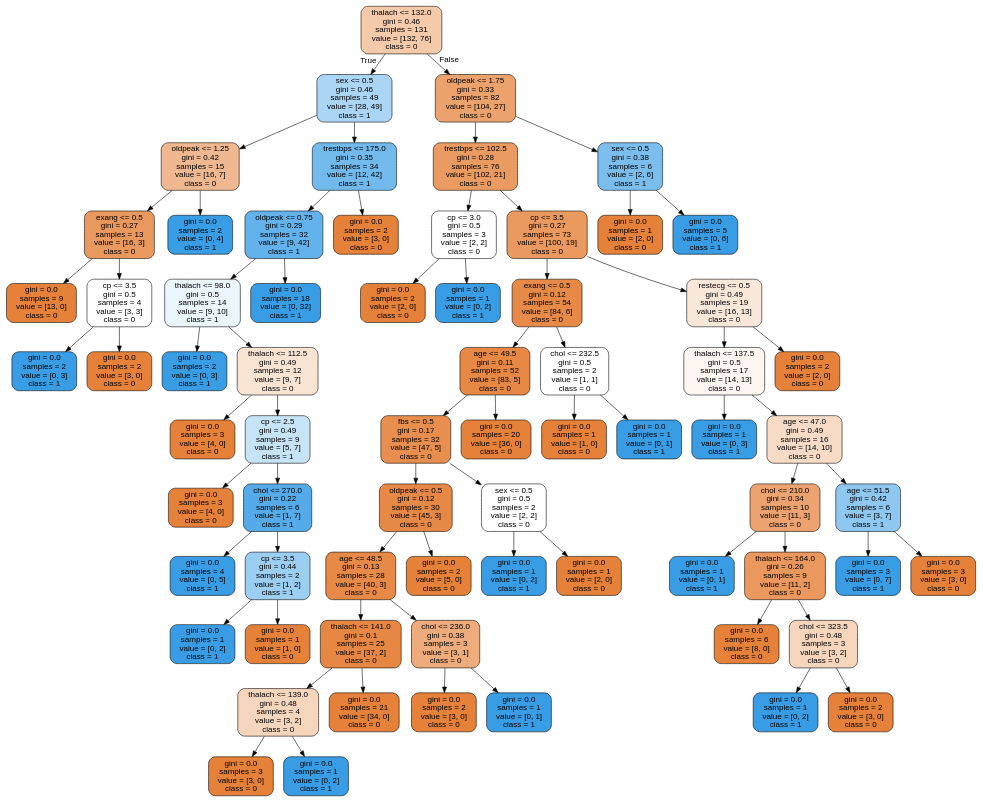
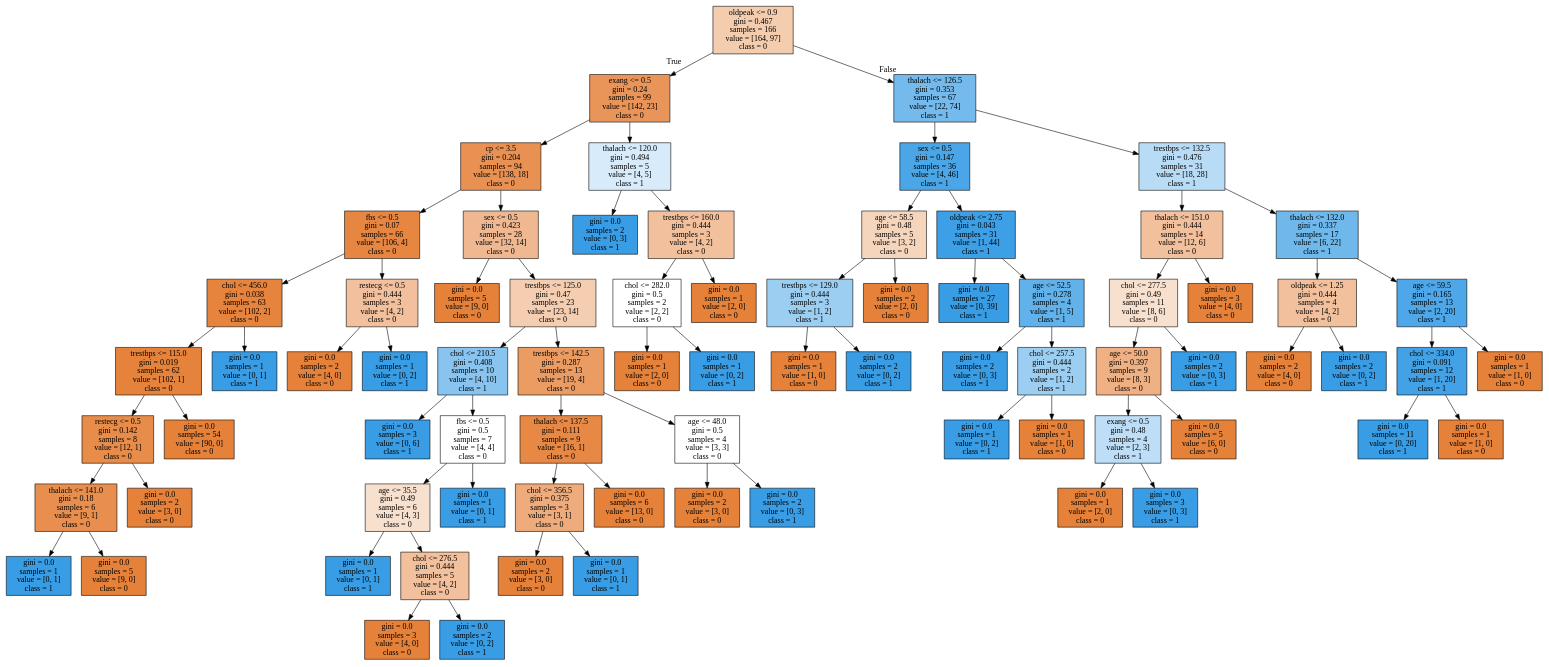
One commit to cyrilvincent/ML changed the diagram in data/heartdisease/tree.dot. Above: the diagram before and after it, drawn with Graphviz. The commit also changed 3 other files, not shown here.

```diff
--- a/data/heartdisease/tree.dot
+++ b/data/heartdisease/tree.dot
@@ -1,141 +1,156 @@
 digraph Tree {
-node [shape=box, style="filled, rounded", color="black", fontname=helvetica] ;
-edge [fontname=helvetica] ;
-0 [label="thalach <= 132.0\ngini = 0.46\nsamples = 131\nvalue = [132, 76]\nclass = 0", fillcolor="#f4caab"] ;
-1 [label="sex <= 0.5\ngini = 0.46\nsamples = 49\nvalue = [28, 49]\nclass = 1", fillcolor="#aad5f4"] ;
+node [shape=box, style="filled", color="black"] ;
+0 [label="oldpeak <= 0.9\ngini = 0.467\nsamples = 166\nvalue = [164, 97]\nclass = 0", fillcolor="#f4ccae"] ;
+1 [label="exang <= 0.5\ngini = 0.24\nsamples = 99\nvalue = [142, 23]\nclass = 0", fillcolor="#e99559"] ;
 0 -> 1 [labeldistance=2.5, labelangle=45, headlabel="True"] ;
-2 [label="oldpeak <= 1.25\ngini = 0.42\nsamples = 15\nvalue = [16, 7]\nclass = 0", fillcolor="#f0b890"] ;
+2 [label="cp <= 3.5\ngini = 0.204\nsamples = 94\nvalue = [138, 18]\nclass = 0", fillcolor="#e89153"] ;
 1 -> 2 ;
-3 [label="exang <= 0.5\ngini = 0.27\nsamples = 13\nvalue = [16, 3]\nclass = 0", fillcolor="#ea995e"] ;
+3 [label="fbs <= 0.5\ngini = 0.07\nsamples = 66\nvalue = [106, 4]\nclass = 0", fillcolor="#e68640"] ;
 2 -> 3 ;
-4 [label="gini = 0.0\nsamples = 9\nvalue = [13, 0]\nclass = 0", fillcolor="#e58139"] ;
+4 [label="chol <= 456.0\ngini = 0.038\nsamples = 63\nvalue = [102, 2]\nclass = 0", fillcolor="#e6833d"] ;
 3 -> 4 ;
-5 [label="cp <= 3.5\ngini = 0.5\nsamples = 4\nvalue = [3, 3]\nclass = 0", fillcolor="#ffffff"] ;
-3 -> 5 ;
-6 [label="gini = 0.0\nsamples = 2\nvalue = [0, 3]\nclass = 1", fillcolor="#399de5"] ;
+5 [label="trestbps <= 115.0\ngini = 0.019\nsamples = 62\nvalue = [102, 1]\nclass = 0", fillcolor="#e5823b"] ;
+4 -> 5 ;
+6 [label="restecg <= 0.5\ngini = 0.142\nsamples = 8\nvalue = [12, 1]\nclass = 0", fillcolor="#e78c49"] ;
 5 -> 6 ;
-7 [label="gini = 0.0\nsamples = 2\nvalue = [3, 0]\nclass = 0", fillcolor="#e58139"] ;
-5 -> 7 ;
-8 [label="gini = 0.0\nsamples = 2\nvalue = [0, 4]\nclass = 1", fillcolor="#399de5"] ;
-2 -> 8 ;
-9 [label="trestbps <= 175.0\ngini = 0.35\nsamples = 34\nvalue = [12, 42]\nclass = 1", fillcolor="#72b9ec"] ;
-1 -> 9 ;
-10 [label="oldpeak <= 0.75\ngini = 0.29\nsamples = 32\nvalue = [9, 42]\nclass = 1", fillcolor="#63b2eb"] ;
-9 -> 10 ;
-11 [label="thalach <= 98.0\ngini = 0.5\nsamples = 14\nvalue = [9, 10]\nclass = 1", fillcolor="#ebf5fc"] ;
-10 -> 11 ;
-12 [label="gini = 0.0\nsamples = 2\nvalue = [0, 3]\nclass = 1", fillcolor="#399de5"] ;
-11 -> 12 ;
-13 [label="thalach <= 112.5\ngini = 0.49\nsamples = 12\nvalue = [9, 7]\nclass = 0", fillcolor="#f9e3d3"] ;
-11 -> 13 ;
-14 [label="gini = 0.0\nsamples = 3\nvalue = [4, 0]\nclass = 0", fillcolor="#e58139"] ;
+7 [label="thalach <= 141.0\ngini = 0.18\nsamples = 6\nvalue = [9, 1]\nclass = 0", fillcolor="#e88f4f"] ;
+6 -> 7 ;
+8 [label="gini = 0.0\nsamples = 1\nvalue = [0, 1]\nclass = 1", fillcolor="#399de5"] ;
+7 -> 8 ;
+9 [label="gini = 0.0\nsamples = 5\nvalue = [9, 0]\nclass = 0", fillcolor="#e58139"] ;
+7 -> 9 ;
+10 [label="gini = 0.0\nsamples = 2\nvalue = [3, 0]\nclass = 0", fillcolor="#e58139"] ;
+6 -> 10 ;
+11 [label="gini = 0.0\nsamples = 54\nvalue = [90, 0]\nclass = 0", fillcolor="#e58139"] ;
+5 -> 11 ;
+12 [label="gini = 0.0\nsamples = 1\nvalue = [0, 1]\nclass = 1", fillcolor="#399de5"] ;
+4 -> 12 ;
+13 [label="restecg <= 0.5\ngini = 0.444\nsamples = 3\nvalue = [4, 2]\nclass = 0", fillcolor="#f2c09c"] ;
+3 -> 13 ;
+14 [label="gini = 0.0\nsamples = 2\nvalue = [4, 0]\nclass = 0", fillcolor="#e58139"] ;
 13 -> 14 ;
-15 [label="cp <= 2.5\ngini = 0.49\nsamples = 9\nvalue = [5, 7]\nclass = 1", fillcolor="#c6e3f8"] ;
+15 [label="gini = 0.0\nsamples = 1\nvalue = [0, 2]\nclass = 1", fillcolor="#399de5"] ;
 13 -> 15 ;
-16 [label="gini = 0.0\nsamples = 3\nvalue = [4, 0]\nclass = 0", fillcolor="#e58139"] ;
-15 -> 16 ;
-17 [label="chol <= 270.0\ngini = 0.22\nsamples = 6\nvalue = [1, 7]\nclass = 1", fillcolor="#55abe9"] ;
-15 -> 17 ;
-18 [label="gini = 0.0\nsamples = 4\nvalue = [0, 5]\nclass = 1", fillcolor="#399de5"] ;
-17 -> 18 ;
-19 [label="cp <= 3.5\ngini = 0.44\nsamples = 2\nvalue = [1, 2]\nclass = 1", fillcolor="#9ccef2"] ;
-17 -> 19 ;
-20 [label="gini = 0.0\nsamples = 1\nvalue = [0, 2]\nclass = 1", fillcolor="#399de5"] ;
+16 [label="sex <= 0.5\ngini = 0.423\nsamples = 28\nvalue = [32, 14]\nclass = 0", fillcolor="#f0b890"] ;
+2 -> 16 ;
+17 [label="gini = 0.0\nsamples = 5\nvalue = [9, 0]\nclass = 0", fillcolor="#e58139"] ;
+16 -> 17 ;
+18 [label="trestbps <= 125.0\ngini = 0.47\nsamples = 23\nvalue = [23, 14]\nclass = 0", fillcolor="#f5ceb2"] ;
+16 -> 18 ;
+19 [label="chol <= 210.5\ngini = 0.408\nsamples = 10\nvalue = [4, 10]\nclass = 1", fillcolor="#88c4ef"] ;
+18 -> 19 ;
+20 [label="gini = 0.0\nsamples = 3\nvalue = [0, 6]\nclass = 1", fillcolor="#399de5"] ;
 19 -> 20 ;
-21 [label="gini = 0.0\nsamples = 1\nvalue = [1, 0]\nclass = 0", fillcolor="#e58139"] ;
+21 [label="fbs <= 0.5\ngini = 0.5\nsamples = 7\nvalue = [4, 4]\nclass = 0", fillcolor="#ffffff"] ;
 19 -> 21 ;
-22 [label="gini = 0.0\nsamples = 18\nvalue = [0, 32]\nclass = 1", fillcolor="#399de5"] ;
-10 -> 22 ;
-23 [label="gini = 0.0\nsamples = 2\nvalue = [3, 0]\nclass = 0", fillcolor="#e58139"] ;
-9 -> 23 ;
-24 [label="oldpeak <= 1.75\ngini = 0.33\nsamples = 82\nvalue = [104, 27]\nclass = 0", fillcolor="#eca26c"] ;
-0 -> 24 [labeldistance=2.5, labelangle=-45, headlabel="False"] ;
-25 [label="trestbps <= 102.5\ngini = 0.28\nsamples = 76\nvalue = [102, 21]\nclass = 0", fillcolor="#ea9b62"] ;
+22 [label="age <= 35.5\ngini = 0.49\nsamples = 6\nvalue = [4, 3]\nclass = 0", fillcolor="#f8e0ce"] ;
+21 -> 22 ;
+23 [label="gini = 0.0\nsamples = 1\nvalue = [0, 1]\nclass = 1", fillcolor="#399de5"] ;
+22 -> 23 ;
+24 [label="chol <= 276.5\ngini = 0.444\nsamples = 5\nvalue = [4, 2]\nclass = 0", fillcolor="#f2c09c"] ;
+22 -> 24 ;
+25 [label="gini = 0.0\nsamples = 3\nvalue = [4, 0]\nclass = 0", fillcolor="#e58139"] ;
 24 -> 25 ;
-26 [label="cp <= 3.0\ngini = 0.5\nsamples = 3\nvalue = [2, 2]\nclass = 0", fillcolor="#ffffff"] ;
-25 -> 26 ;
-27 [label="gini = 0.0\nsamples = 2\nvalue = [2, 0]\nclass = 0", fillcolor="#e58139"] ;
-26 -> 27 ;
-28 [label="gini = 0.0\nsamples = 1\nvalue = [0, 2]\nclass = 1", fillcolor="#399de5"] ;
-26 -> 28 ;
-29 [label="cp <= 3.5\ngini = 0.27\nsamples = 73\nvalue = [100, 19]\nclass = 0", fillcolor="#ea995f"] ;
-25 -> 29 ;
-30 [label="exang <= 0.5\ngini = 0.12\nsamples = 54\nvalue = [84, 6]\nclass = 0", fillcolor="#e78a47"] ;
+26 [label="gini = 0.0\nsamples = 2\nvalue = [0, 2]\nclass = 1", fillcolor="#399de5"] ;
+24 -> 26 ;
+27 [label="gini = 0.0\nsamples = 1\nvalue = [0, 1]\nclass = 1", fillcolor="#399de5"] ;
+21 -> 27 ;
+28 [label="trestbps <= 142.5\ngini = 0.287\nsamples = 13\nvalue = [19, 4]\nclass = 0", fillcolor="#ea9c63"] ;
+18 -> 28 ;
+29 [label="thalach <= 137.5\ngini = 0.111\nsamples = 9\nvalue = [16, 1]\nclass = 0", fillcolor="#e78945"] ;
+28 -> 29 ;
+30 [label="chol <= 356.5\ngini = 0.375\nsamples = 3\nvalue = [3, 1]\nclass = 0", fillcolor="#eeab7b"] ;
 29 -> 30 ;
-31 [label="age <= 49.5\ngini = 0.11\nsamples = 52\nvalue = [83, 5]\nclass = 0", fillcolor="#e78945"] ;
+31 [label="gini = 0.0\nsamples = 2\nvalue = [3, 0]\nclass = 0", fillcolor="#e58139"] ;
 30 -> 31 ;
-32 [label="fbs <= 0.5\ngini = 0.17\nsamples = 32\nvalue = [47, 5]\nclass = 0", fillcolor="#e88e4e"] ;
-31 -> 32 ;
-33 [label="oldpeak <= 0.5\ngini = 0.12\nsamples = 30\nvalue = [45, 3]\nclass = 0", fillcolor="#e78946"] ;
-32 -> 33 ;
-34 [label="age <= 48.5\ngini = 0.13\nsamples = 28\nvalue = [40, 3]\nclass = 0", fillcolor="#e78a48"] ;
-33 -> 34 ;
-35 [label="thalach <= 141.0\ngini = 0.1\nsamples = 25\nvalue = [37, 2]\nclass = 0", fillcolor="#e68844"] ;
+32 [label="gini = 0.0\nsamples = 1\nvalue = [0, 1]\nclass = 1", fillcolor="#399de5"] ;
+30 -> 32 ;
+33 [label="gini = 0.0\nsamples = 6\nvalue = [13, 0]\nclass = 0", fillcolor="#e58139"] ;
+29 -> 33 ;
+34 [label="age <= 48.0\ngini = 0.5\nsamples = 4\nvalue = [3, 3]\nclass = 0", fillcolor="#ffffff"] ;
+28 -> 34 ;
+35 [label="gini = 0.0\nsamples = 2\nvalue = [3, 0]\nclass = 0", fillcolor="#e58139"] ;
 34 -> 35 ;
-36 [label="thalach <= 139.0\ngini = 0.48\nsamples = 4\nvalue = [3, 2]\nclass = 0", fillcolor="#f6d5bd"] ;
-35 -> 36 ;
-37 [label="gini = 0.0\nsamples = 3\nvalue = [3, 0]\nclass = 0", fillcolor="#e58139"] ;
-36 -> 37 ;
-38 [label="gini = 0.0\nsamples = 1\nvalue = [0, 2]\nclass = 1", fillcolor="#399de5"] ;
-36 -> 38 ;
-39 [label="gini = 0.0\nsamples = 21\nvalue = [34, 0]\nclass = 0", fillcolor="#e58139"] ;
-35 -> 39 ;
-40 [label="chol <= 236.0\ngini = 0.38\nsamples = 3\nvalue = [3, 1]\nclass = 0", fillcolor="#eeab7b"] ;
-34 -> 40 ;
-41 [label="gini = 0.0\nsamples = 2\nvalue = [3, 0]\nclass = 0", fillcolor="#e58139"] ;
+36 [label="gini = 0.0\nsamples = 2\nvalue = [0, 3]\nclass = 1", fillcolor="#399de5"] ;
+34 -> 36 ;
+37 [label="thalach <= 120.0\ngini = 0.494\nsamples = 5\nvalue = [4, 5]\nclass = 1", fillcolor="#d7ebfa"] ;
+1 -> 37 ;
+38 [label="gini = 0.0\nsamples = 2\nvalue = [0, 3]\nclass = 1", fillcolor="#399de5"] ;
+37 -> 38 ;
+39 [label="trestbps <= 160.0\ngini = 0.444\nsamples = 3\nvalue = [4, 2]\nclass = 0", fillcolor="#f2c09c"] ;
+37 -> 39 ;
+40 [label="chol <= 282.0\ngini = 0.5\nsamples = 2\nvalue = [2, 2]\nclass = 0", fillcolor="#ffffff"] ;
+39 -> 40 ;
+41 [label="gini = 0.0\nsamples = 1\nvalue = [2, 0]\nclass = 0", fillcolor="#e58139"] ;
 40 -> 41 ;
-42 [label="gini = 0.0\nsamples = 1\nvalue = [0, 1]\nclass = 1", fillcolor="#399de5"] ;
+42 [label="gini = 0.0\nsamples = 1\nvalue = [0, 2]\nclass = 1", fillcolor="#399de5"] ;
 40 -> 42 ;
-43 [label="gini = 0.0\nsamples = 2\nvalue = [5, 0]\nclass = 0", fillcolor="#e58139"] ;
-33 -> 43 ;
-44 [label="sex <= 0.5\ngini = 0.5\nsamples = 2\nvalue = [2, 2]\nclass = 0", fillcolor="#ffffff"] ;
-32 -> 44 ;
-45 [label="gini = 0.0\nsamples = 1\nvalue = [0, 2]\nclass = 1", fillcolor="#399de5"] ;
+43 [label="gini = 0.0\nsamples = 1\nvalue = [2, 0]\nclass = 0", fillcolor="#e58139"] ;
+39 -> 43 ;
+44 [label="thalach <= 126.5\ngini = 0.353\nsamples = 67\nvalue = [22, 74]\nclass = 1", fillcolor="#74baed"] ;
+0 -> 44 [labeldistance=2.5, labelangle=-45, headlabel="False"] ;
+45 [label="sex <= 0.5\ngini = 0.147\nsamples = 36\nvalue = [4, 46]\nclass = 1", fillcolor="#4aa6e7"] ;
 44 -> 45 ;
-46 [label="gini = 0.0\nsamples = 1\nvalue = [2, 0]\nclass = 0", fillcolor="#e58139"] ;
-44 -> 46 ;
-47 [label="gini = 0.0\nsamples = 20\nvalue = [36, 0]\nclass = 0", fillcolor="#e58139"] ;
-31 -> 47 ;
-48 [label="chol <= 232.5\ngini = 0.5\nsamples = 2\nvalue = [1, 1]\nclass = 0", fillcolor="#ffffff"] ;
-30 -> 48 ;
-49 [label="gini = 0.0\nsamples = 1\nvalue = [1, 0]\nclass = 0", fillcolor="#e58139"] ;
-48 -> 49 ;
-50 [label="gini = 0.0\nsamples = 1\nvalue = [0, 1]\nclass = 1", fillcolor="#399de5"] ;
-48 -> 50 ;
-51 [label="restecg <= 0.5\ngini = 0.49\nsamples = 19\nvalue = [16, 13]\nclass = 0", fillcolor="#fae7da"] ;
-29 -> 51 ;
-52 [label="thalach <= 137.5\ngini = 0.5\nsamples = 17\nvalue = [14, 13]\nclass = 0", fillcolor="#fdf6f1"] ;
+46 [label="age <= 58.5\ngini = 0.48\nsamples = 5\nvalue = [3, 2]\nclass = 0", fillcolor="#f6d5bd"] ;
+45 -> 46 ;
+47 [label="trestbps <= 129.0\ngini = 0.444\nsamples = 3\nvalue = [1, 2]\nclass = 1", fillcolor="#9ccef2"] ;
+46 -> 47 ;
+48 [label="gini = 0.0\nsamples = 1\nvalue = [1, 0]\nclass = 0", fillcolor="#e58139"] ;
+47 -> 48 ;
+49 [label="gini = 0.0\nsamples = 2\nvalue = [0, 2]\nclass = 1", fillcolor="#399de5"] ;
+47 -> 49 ;
+50 [label="gini = 0.0\nsamples = 2\nvalue = [2, 0]\nclass = 0", fillcolor="#e58139"] ;
+46 -> 50 ;
+51 [label="oldpeak <= 2.75\ngini = 0.043\nsamples = 31\nvalue = [1, 44]\nclass = 1", fillcolor="#3d9fe6"] ;
+45 -> 51 ;
+52 [label="gini = 0.0\nsamples = 27\nvalue = [0, 39]\nclass = 1", fillcolor="#399de5"] ;
 51 -> 52 ;
-53 [label="gini = 0.0\nsamples = 1\nvalue = [0, 3]\nclass = 1", fillcolor="#399de5"] ;
-52 -> 53 ;
-54 [label="age <= 47.0\ngini = 0.49\nsamples = 16\nvalue = [14, 10]\nclass = 0", fillcolor="#f8dbc6"] ;
-52 -> 54 ;
-55 [label="chol <= 210.0\ngini = 0.34\nsamples = 10\nvalue = [11, 3]\nclass = 0", fillcolor="#eca36f"] ;
-54 -> 55 ;
-56 [label="gini = 0.0\nsamples = 1\nvalue = [0, 1]\nclass = 1", fillcolor="#399de5"] ;
+53 [label="age <= 52.5\ngini = 0.278\nsamples = 4\nvalue = [1, 5]\nclass = 1", fillcolor="#61b1ea"] ;
+51 -> 53 ;
+54 [label="gini = 0.0\nsamples = 2\nvalue = [0, 3]\nclass = 1", fillcolor="#399de5"] ;
+53 -> 54 ;
+55 [label="chol <= 257.5\ngini = 0.444\nsamples = 2\nvalue = [1, 2]\nclass = 1", fillcolor="#9ccef2"] ;
+53 -> 55 ;
+56 [label="gini = 0.0\nsamples = 1\nvalue = [0, 2]\nclass = 1", fillcolor="#399de5"] ;
 55 -> 56 ;
-57 [label="thalach <= 164.0\ngini = 0.26\nsamples = 9\nvalue = [11, 2]\nclass = 0", fillcolor="#ea985d"] ;
+57 [label="gini = 0.0\nsamples = 1\nvalue = [1, 0]\nclass = 0", fillcolor="#e58139"] ;
 55 -> 57 ;
-58 [label="gini = 0.0\nsamples = 6\nvalue = [8, 0]\nclass = 0", fillcolor="#e58139"] ;
-57 -> 58 ;
-59 [label="chol <= 323.5\ngini = 0.48\nsamples = 3\nvalue = [3, 2]\nclass = 0", fillcolor="#f6d5bd"] ;
-57 -> 59 ;
-60 [label="gini = 0.0\nsamples = 1\nvalue = [0, 2]\nclass = 1", fillcolor="#399de5"] ;
+58 [label="trestbps <= 132.5\ngini = 0.476\nsamples = 31\nvalue = [18, 28]\nclass = 1", fillcolor="#b8dcf6"] ;
+44 -> 58 ;
+59 [label="thalach <= 151.0\ngini = 0.444\nsamples = 14\nvalue = [12, 6]\nclass = 0", fillcolor="#f2c09c"] ;
+58 -> 59 ;
+60 [label="chol <= 277.5\ngini = 0.49\nsamples = 11\nvalue = [8, 6]\nclass = 0", fillcolor="#f8e0ce"] ;
 59 -> 60 ;
-61 [label="gini = 0.0\nsamples = 2\nvalue = [3, 0]\nclass = 0", fillcolor="#e58139"] ;
-59 -> 61 ;
-62 [label="age <= 51.5\ngini = 0.42\nsamples = 6\nvalue = [3, 7]\nclass = 1", fillcolor="#8ec7f0"] ;
-54 -> 62 ;
-63 [label="gini = 0.0\nsamples = 3\nvalue = [0, 7]\nclass = 1", fillcolor="#399de5"] ;
+61 [label="age <= 50.0\ngini = 0.397\nsamples = 9\nvalue = [8, 3]\nclass = 0", fillcolor="#efb083"] ;
+60 -> 61 ;
+62 [label="exang <= 0.5\ngini = 0.48\nsamples = 4\nvalue = [2, 3]\nclass = 1", fillcolor="#bddef6"] ;
+61 -> 62 ;
+63 [label="gini = 0.0\nsamples = 1\nvalue = [2, 0]\nclass = 0", fillcolor="#e58139"] ;
 62 -> 63 ;
-64 [label="gini = 0.0\nsamples = 3\nvalue = [3, 0]\nclass = 0", fillcolor="#e58139"] ;
+64 [label="gini = 0.0\nsamples = 3\nvalue = [0, 3]\nclass = 1", fillcolor="#399de5"] ;
 62 -> 64 ;
-65 [label="gini = 0.0\nsamples = 2\nvalue = [2, 0]\nclass = 0", fillcolor="#e58139"] ;
-51 -> 65 ;
-66 [label="sex <= 0.5\ngini = 0.38\nsamples = 6\nvalue = [2, 6]\nclass = 1", fillcolor="#7bbeee"] ;
-24 -> 66 ;
-67 [label="gini = 0.0\nsamples = 1\nvalue = [2, 0]\nclass = 0", fillcolor="#e58139"] ;
-66 -> 67 ;
-68 [label="gini = 0.0\nsamples = 5\nvalue = [0, 6]\nclass = 1", fillcolor="#399de5"] ;
-66 -> 68 ;
+65 [label="gini = 0.0\nsamples = 5\nvalue = [6, 0]\nclass = 0", fillcolor="#e58139"] ;
+61 -> 65 ;
+66 [label="gini = 0.0\nsamples = 2\nvalue = [0, 3]\nclass = 1", fillcolor="#399de5"] ;
+60 -> 66 ;
+67 [label="gini = 0.0\nsamples = 3\nvalue = [4, 0]\nclass = 0", fillcolor="#e58139"] ;
+59 -> 67 ;
+68 [label="thalach <= 132.0\ngini = 0.337\nsamples = 17\nvalue = [6, 22]\nclass = 1", fillcolor="#6fb8ec"] ;
+58 -> 68 ;
+69 [label="oldpeak <= 1.25\ngini = 0.444\nsamples = 4\nvalue = [4, 2]\nclass = 0", fillcolor="#f2c09c"] ;
+68 -> 69 ;
+70 [label="gini = 0.0\nsamples = 2\nvalue = [4, 0]\nclass = 0", fillcolor="#e58139"] ;
+69 -> 70 ;
+71 [label="gini = 0.0\nsamples = 2\nvalue = [0, 2]\nclass = 1", fillcolor="#399de5"] ;
+69 -> 71 ;
+72 [label="age <= 59.5\ngini = 0.165\nsamples = 13\nvalue = [2, 20]\nclass = 1", fillcolor="#4da7e8"] ;
+68 -> 72 ;
+73 [label="chol <= 334.0\ngini = 0.091\nsamples = 12\nvalue = [1, 20]\nclass = 1", fillcolor="#43a2e6"] ;
+72 -> 73 ;
+74 [label="gini = 0.0\nsamples = 11\nvalue = [0, 20]\nclass = 1", fillcolor="#399de5"] ;
+73 -> 74 ;
+75 [label="gini = 0.0\nsamples = 1\nvalue = [1, 0]\nclass = 0", fillcolor="#e58139"] ;
+73 -> 75 ;
+76 [label="gini = 0.0\nsamples = 1\nvalue = [1, 0]\nclass = 0", fillcolor="#e58139"] ;
+72 -> 76 ;
 }
```
